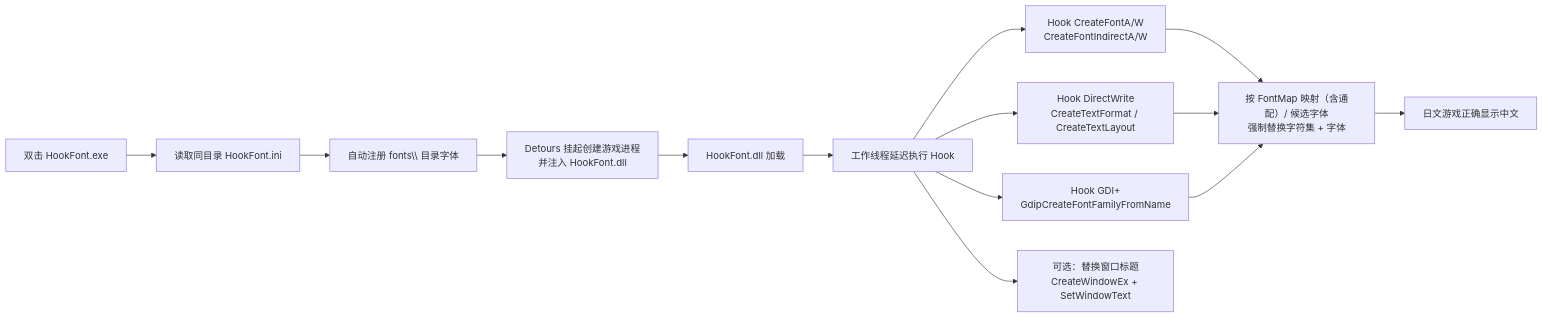
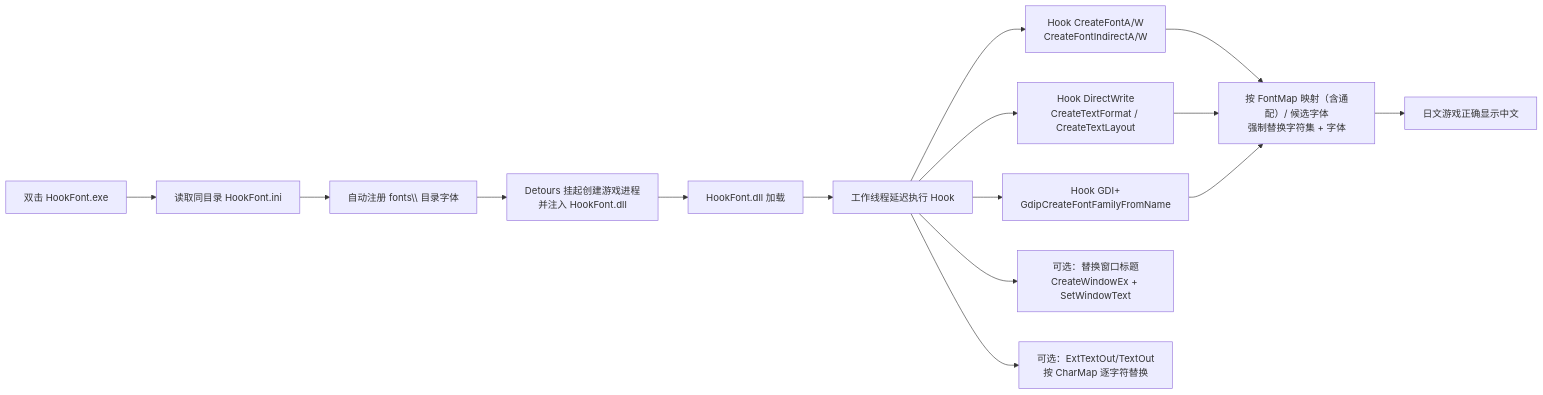
One commit to isTurn/HookFont-Test changed the diagram in README.md. Above: the diagram before and after it, drawn with Mermaid. The commit also changed other lines of this file and 10 other files, not shown here.

Commit message:
feat: ExtTextOut/TextOut character-level replacement ([CharMap])

````diff
--- a/README.md
+++ b/README.md
@@ -62,16 +63,17 @@
 ```mermaid
 flowchart LR
     A[双击 HookFont.exe] --> B[读取同目录 HookFont.ini]
     B --> B2[自动注册 fonts\\ 目录字体]
     B2 --> C[Detours 挂起创建游戏进程<br/>并注入 HookFont.dll]
     C --> D[HookFont.dll 加载]
     D --> E[工作线程延迟执行 Hook]
     E --> F[Hook CreateFontA/W<br/>CreateFontIndirectA/W]
     E --> G[Hook DirectWrite<br/>CreateTextFormat / CreateTextLayout]
     E --> G2[Hook GDI+<br/>GdipCreateFontFamilyFromName]
     F --> H[按 FontMap 映射（含通配）/ 候选字体<br/>强制替换字符集 + 字体]
     G --> H
     G2 --> H
     H --> I[日文游戏正确显示中文]
     E --> J[可选：替换窗口标题<br/>CreateWindowEx + SetWindowText]
+    E --> K[可选：ExtTextOut/TextOut<br/>按 CharMap 逐字符替换]
 ```
````
